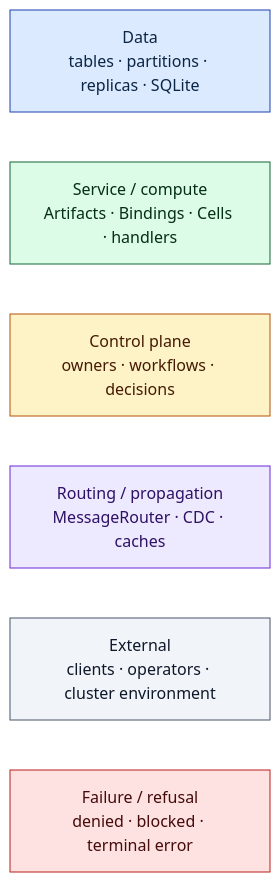
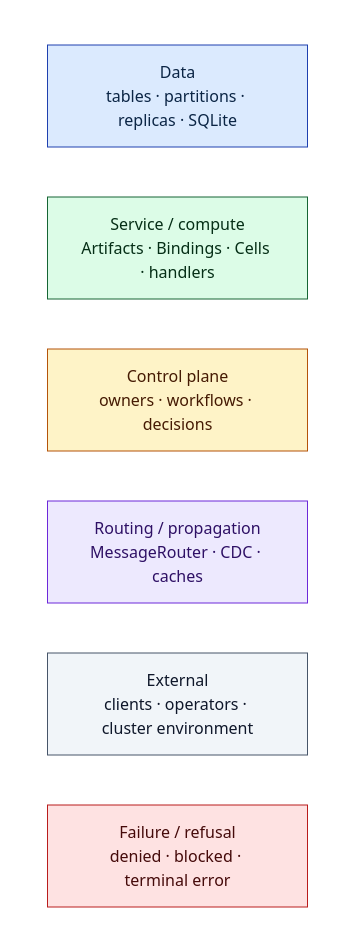
The second of 9 diagrams in architecture/system-model.md (psvensson/lagrange), drawn with Mermaid before and after one commit. The commit also changed other lines of this file and 3 other files, not shown here.

Commit message:
Draw explicit white Mermaid canvases

````diff
--- a/architecture/system-model.md
+++ b/architecture/system-model.md
@@ -100,17 +104,21 @@
 ```mermaid
-%%{init: {'theme':'base','darkMode':false,'themeCSS':'svg { background-color: #ffffff !important; }','themeVariables':{'background':'#ffffff','clusterBkg':'#ffffff','clusterBorder':'#94a3b8','edgeLabelBackground':'#ffffff','lineColor':'#334155','textColor':'#0f172a'}}}%%
+%%{init: {'theme':'base','darkMode':false,'themeVariables':{'background':'#ffffff','clusterBkg':'#ffffff','clusterBorder':'#94a3b8','edgeLabelBackground':'#ffffff','lineColor':'#334155','textColor':'#0f172a'}}}%%
 flowchart LR
-  D["Data<br/>tables · partitions · replicas · SQLite"]:::data
-  S["Service / compute<br/>Artifacts · Bindings · Cells · handlers"]:::svc
-  C["Control plane<br/>owners · workflows · decisions"]:::ctrl
-  T["Routing / propagation<br/>MessageRouter · CDC · caches"]:::move
-  X["External<br/>clients · operators · cluster environment"]:::ext
-  F["Failure / refusal<br/>denied · blocked · terminal error"]:::bad
+  subgraph CANVAS[" "]
+    direction LR
+    D["Data<br/>tables · partitions · replicas · SQLite"]:::data
+    S["Service / compute<br/>Artifacts · Bindings · Cells · handlers"]:::svc
+    C["Control plane<br/>owners · workflows · decisions"]:::ctrl
+    T["Routing / propagation<br/>MessageRouter · CDC · caches"]:::move
+    X["External<br/>clients · operators · cluster environment"]:::ext
+    F["Failure / refusal<br/>denied · blocked · terminal error"]:::bad
+  end
 
+  style CANVAS fill:#ffffff,stroke:#ffffff,color:#0f172a
   classDef data fill:#dbeafe,stroke:#1e40af,color:#0b2545
   classDef svc fill:#dcfce7,stroke:#166534,color:#052e16
   classDef ctrl fill:#fef3c7,stroke:#b45309,color:#451a03
   classDef move fill:#ede9fe,stroke:#6d28d9,color:#2e1065
   classDef ext fill:#f1f5f9,stroke:#475569,color:#0f172a
   classDef bad fill:#fee2e2,stroke:#b91c1c,color:#450a0a
 ```
````
